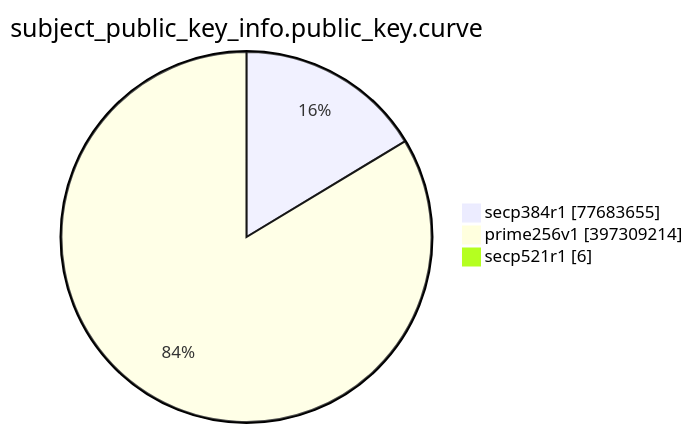
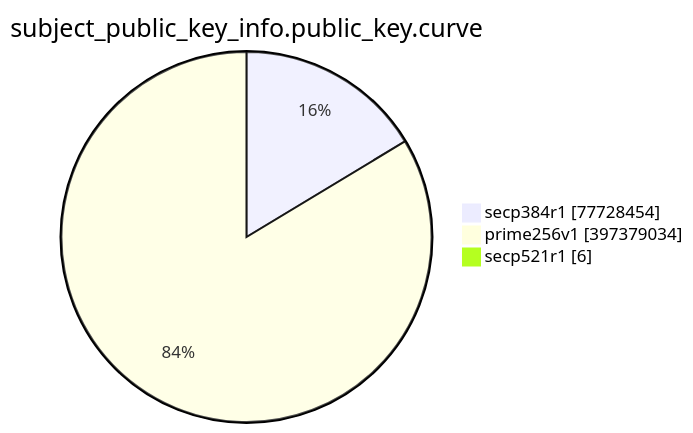
One commit to christiankrug/ctmonitor_visualization changed the eighth of 15 diagrams in TOTAL/README.md. Above: the diagram before and after it, drawn with Mermaid. The commit also changed other lines of this file, not shown here.

````diff
--- a/TOTAL/README.md
+++ b/TOTAL/README.md
@@ -3095,7 +3095,7 @@
 ```mermaid
 pie showData
 title subject_public_key_info.public_key.curve
-"secp384r1" :77683655
-"prime256v1" :397309214
+"secp384r1" :77728454
+"prime256v1" :397379034
 "secp521r1" :6
 ```
````
